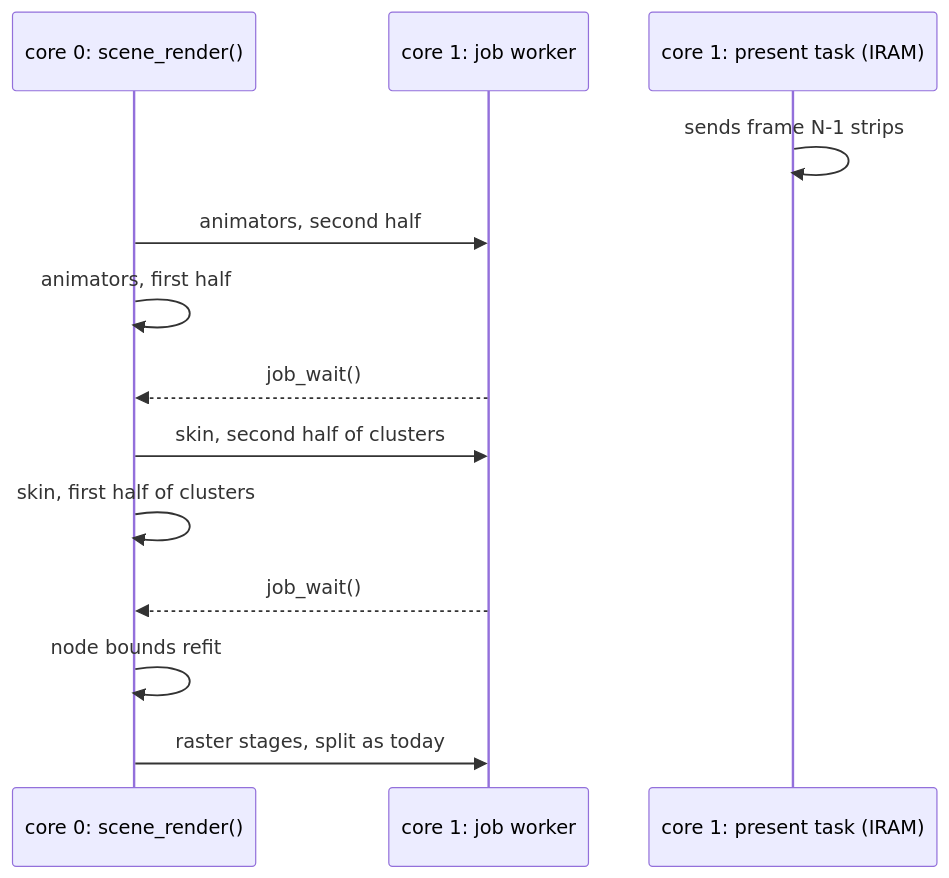
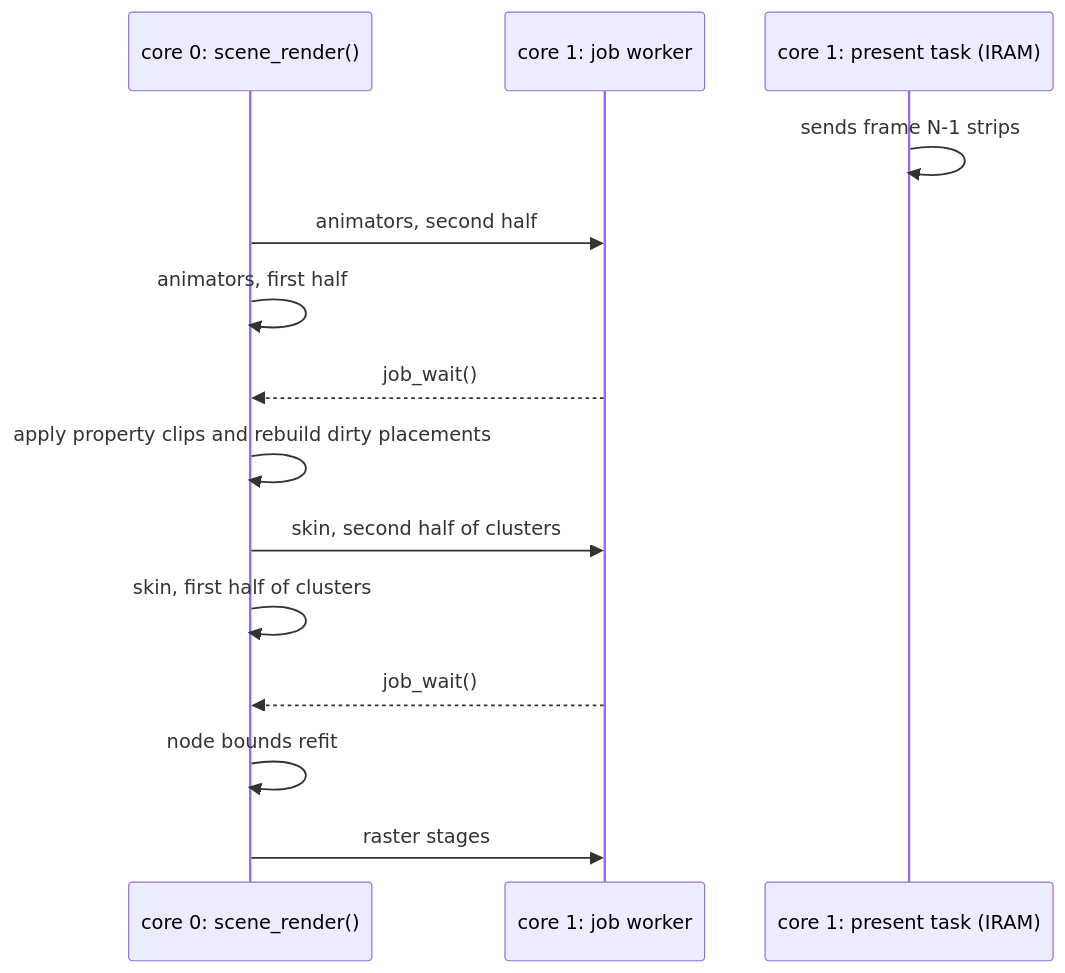
One commit to jose-villegas/autana changed the second of 2 diagrams in docs/plans/Animation-System-Design-Sketch.md. Above: the diagram before and after it, drawn with Mermaid. The commit also changed other lines of this file and 10 other files, not shown here.

````diff
--- a/docs/plans/Animation-System-Design-Sketch.md
+++ b/docs/plans/Animation-System-Design-Sketch.md
@@ -48,15 +46,16 @@
 ```mermaid
 sequenceDiagram
     participant C0 as core 0: scene_render()
     participant C1 as core 1: job worker
     participant P as core 1: present task (IRAM)
     P->>P: sends frame N-1 strips
     C0->>C1: animators, second half
     C0->>C0: animators, first half
     C1-->>C0: job_wait()
+    C0->>C0: apply property clips and rebuild dirty placements
     C0->>C1: skin, second half of clusters
     C0->>C0: skin, first half of clusters
     C1-->>C0: job_wait()
     C0->>C0: node bounds refit
-    C0->>C1: raster stages, split as today
+    C0->>C1: raster stages
 ```
````
